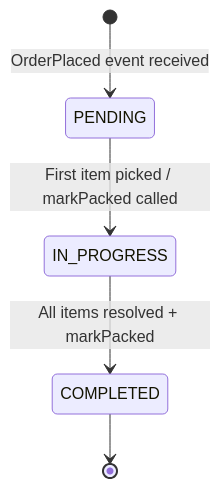
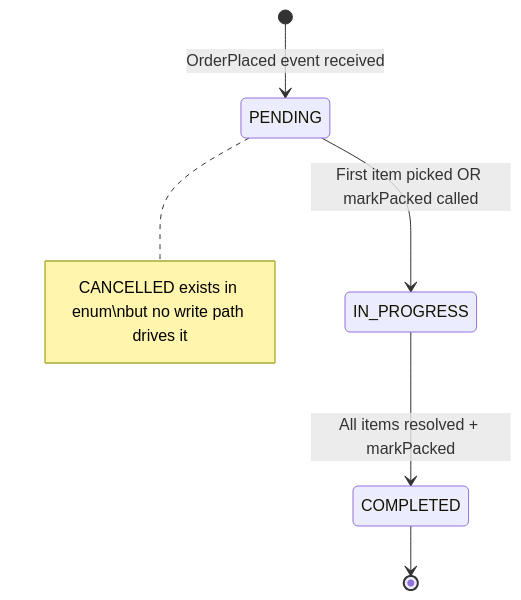
Before and after one commit to sunitakeazycommerz-a11y/InstaCommerce: the fourth of 9 diagrams in services/fulfillment-service/README.md, drawn with Mermaid. The commit also changed other lines of this file and 554 other files, not shown here.

````diff
--- a/services/fulfillment-service/README.md
+++ b/services/fulfillment-service/README.md
@@ -60,7 +236,9 @@
 ```mermaid
 stateDiagram-v2
     [*] --> PENDING: OrderPlaced event received
-    PENDING --> IN_PROGRESS: First item picked / markPacked called
+    PENDING --> IN_PROGRESS: First item picked OR markPacked called
     IN_PROGRESS --> COMPLETED: All items resolved + markPacked
     COMPLETED --> [*]
+
+    note right of PENDING: CANCELLED exists in enum\nbut no write path drives it
 ```
````
